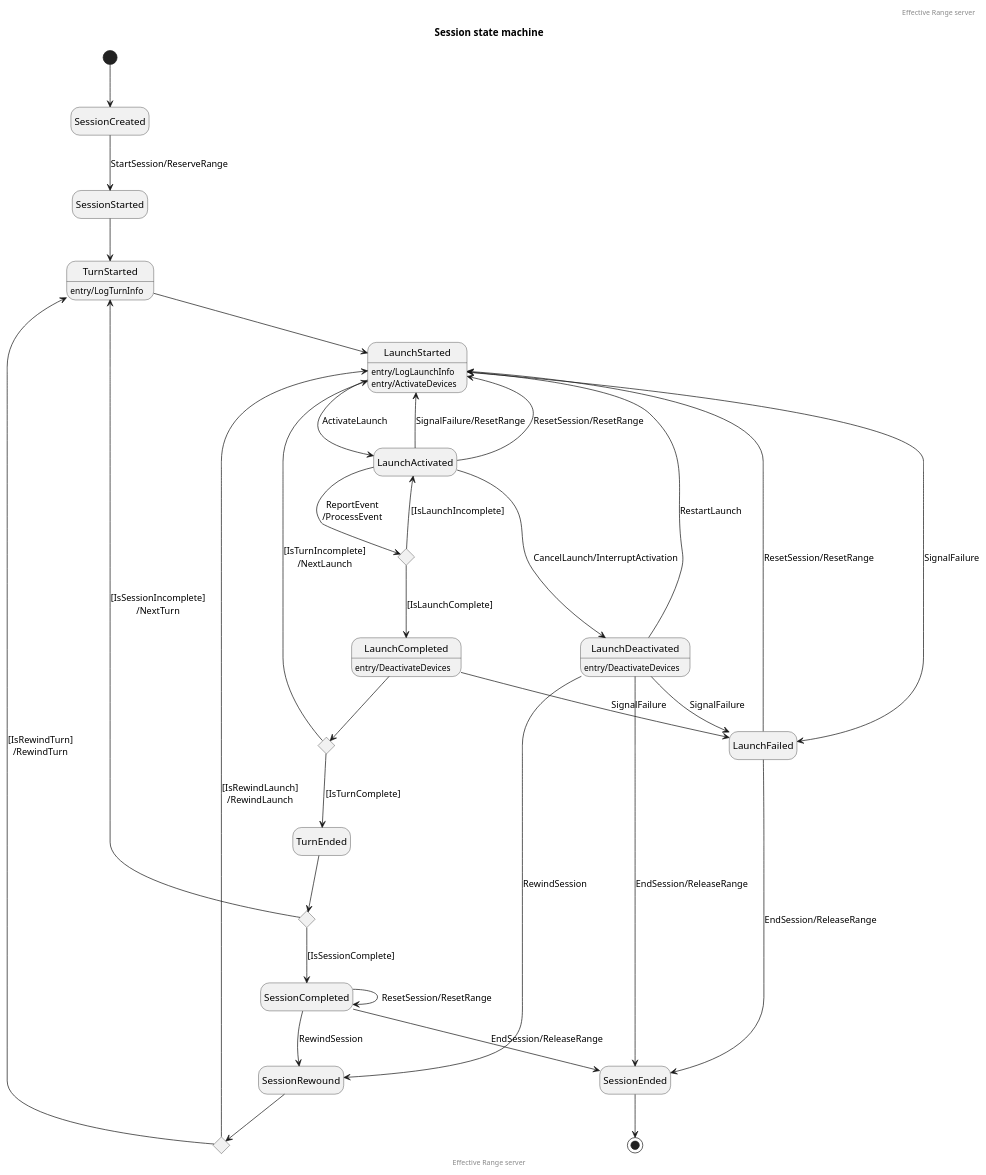
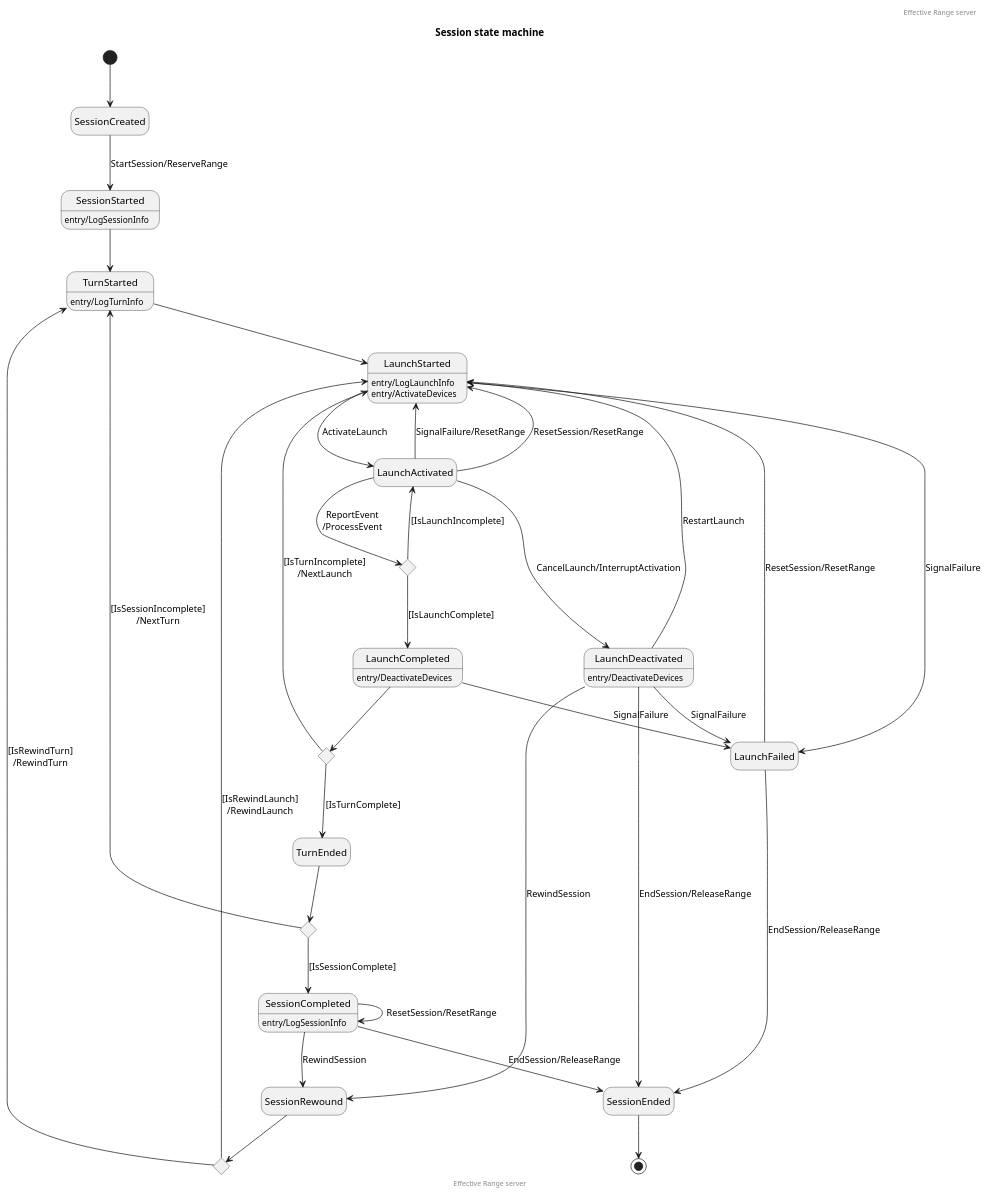
Before and after one commit to EffectiveRange/effective-range-api: the diagram in state/server-session.puml, drawn with PlantUML.

Commit message:
Update server session diagram (#47)

```diff
--- a/state/server-session.puml
+++ b/state/server-session.puml
@@ -1,69 +1,71 @@
 @startuml
 hide empty description
 
 header Effective Range server
 title Session state machine
 
 [*] --> SessionCreated
 SessionCreated --> SessionStarted : StartSession/ReserveRange
+SessionStarted : entry/LogSessionInfo
 SessionStarted --> TurnStarted
 TurnStarted : entry/LogTurnInfo
 TurnStarted --> LaunchStarted
 
 LaunchStarted : entry/LogLaunchInfo
 LaunchStarted : entry/ActivateDevices
 LaunchStarted --> LaunchActivated : ActivateLaunch
 
 state LaunchActivatedChoice <<choice>>
 
 ' Successful launch
 LaunchActivated --> LaunchActivatedChoice : ReportEvent\n/ProcessEvent
 LaunchActivatedChoice --> LaunchActivated : [IsLaunchIncomplete]
 LaunchActivatedChoice --> LaunchCompleted : [IsLaunchComplete]
 LaunchCompleted : entry/DeactivateDevices
 
 state LaunchCompleteChoice <<choice>>
 
 LaunchCompleted --> LaunchCompleteChoice
 LaunchCompleteChoice --> LaunchStarted : [IsTurnIncomplete]\n/NextLaunch
 LaunchCompleteChoice --> TurnEnded : [IsTurnComplete]
 
 LaunchActivated --> LaunchDeactivated : CancelLaunch/InterruptActivation
 LaunchDeactivated : entry/DeactivateDevices
 LaunchDeactivated --> SessionEnded : EndSession/ReleaseRange
 
 ' Restart launch
 LaunchDeactivated --> LaunchStarted : RestartLaunch
 
 ' Failed launch
 LaunchStarted --> LaunchFailed : SignalFailure
 LaunchActivated --> LaunchStarted : SignalFailure/ResetRange
 LaunchCompleted --> LaunchFailed : SignalFailure
 LaunchDeactivated --> LaunchFailed : SignalFailure
 LaunchFailed --> LaunchStarted : ResetSession/ResetRange
 LaunchFailed --> SessionEnded : EndSession/ReleaseRange
 
 ' Continue session after server restart
 LaunchActivated --> LaunchStarted : ResetSession/ResetRange
 SessionCompleted --> SessionCompleted : ResetSession/ResetRange
 
 ' Rewound session
 state SessionRewoundChoice <<choice>>
 
 LaunchDeactivated --> SessionRewound : RewindSession
 SessionRewound --> SessionRewoundChoice
 SessionRewoundChoice --> LaunchStarted : [IsRewindLaunch]\n/RewindLaunch
 SessionRewoundChoice --> TurnStarted : [IsRewindTurn]\n/RewindTurn
 
 state TurnEndedChoice <<choice>>
 
 TurnEnded --> TurnEndedChoice
 TurnEndedChoice --> TurnStarted : [IsSessionIncomplete]\n/NextTurn
 TurnEndedChoice --> SessionCompleted : [IsSessionComplete]
+SessionCompleted : entry/LogSessionInfo
 SessionCompleted --> SessionRewound : RewindSession
 SessionCompleted --> SessionEnded : EndSession/ReleaseRange
 SessionEnded --> [*]
 
 footer Effective Range server
 
 @enduml
```
